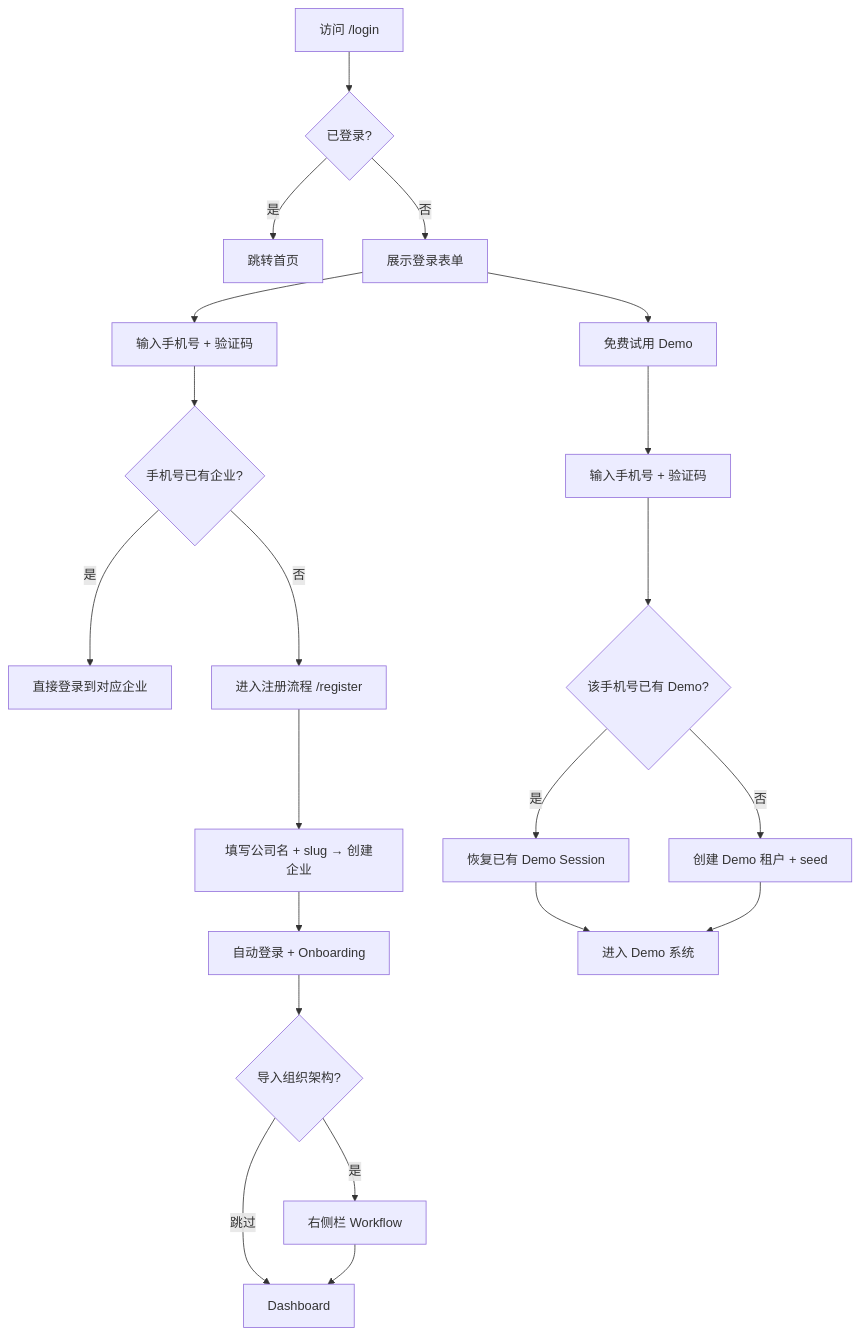
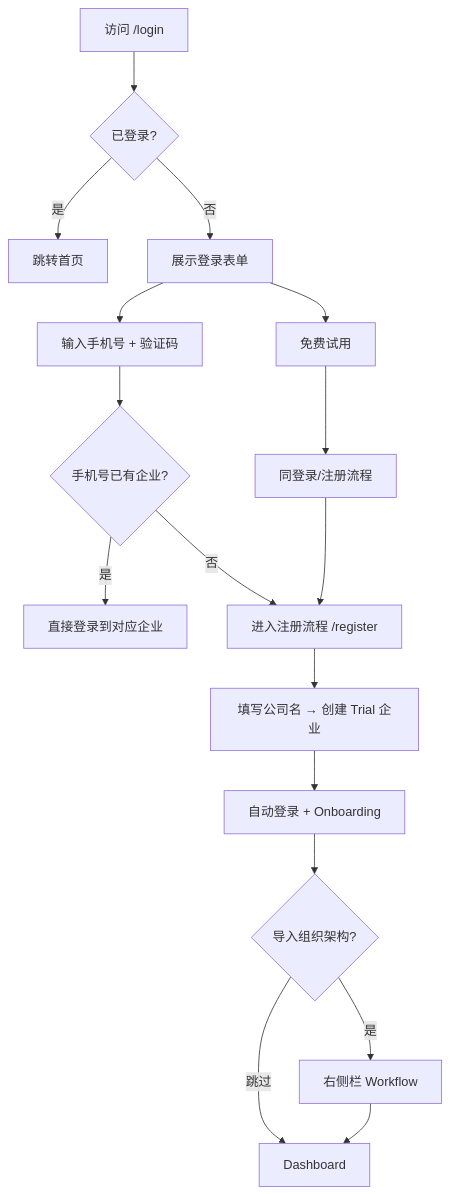
Before and after one commit to quyip8818/mytokenjoy: the first of 4 diagrams in docs/plan/登录注册方案设计.md, drawn with Mermaid. The commit also changed other lines of this file and 3 other files, not shown here.

````diff
--- a/docs/plan/登录注册方案设计.md
+++ b/docs/plan/登录注册方案设计.md
@@ -125,26 +126,22 @@
 ```mermaid
 flowchart TD
     A[访问 /login] --> B{已登录?}
     B -->|是| C[跳转首页]
     B -->|否| D[展示登录表单]
 
     D --> E[输入手机号 + 验证码]
     E --> F{手机号已有企业?}
     F -->|是| G[直接登录到对应企业]
     F -->|否| H[进入注册流程 /register]
-    H --> I[填写公司名 + slug → 创建企业]
+    H --> I[填写公司名 → 创建 Trial 企业]
     I --> J[自动登录 + Onboarding]
 
-    D --> K[免费试用 Demo]
-    K --> L[输入手机号 + 验证码]
-    L --> M{该手机号已有 Demo?}
-    M -->|是| N[恢复已有 Demo Session]
-    M -->|否| O[创建 Demo 租户 + seed]
-    N --> P[进入 Demo 系统]
-    O --> P
+    D --> K[免费试用]
+    K --> L[同登录/注册流程]
+    L --> H
 
     J --> Q{导入组织架构?}
     Q -->|是| R[右侧栏 Workflow]
     Q -->|跳过| S[Dashboard]
     R --> S
 ```
````
